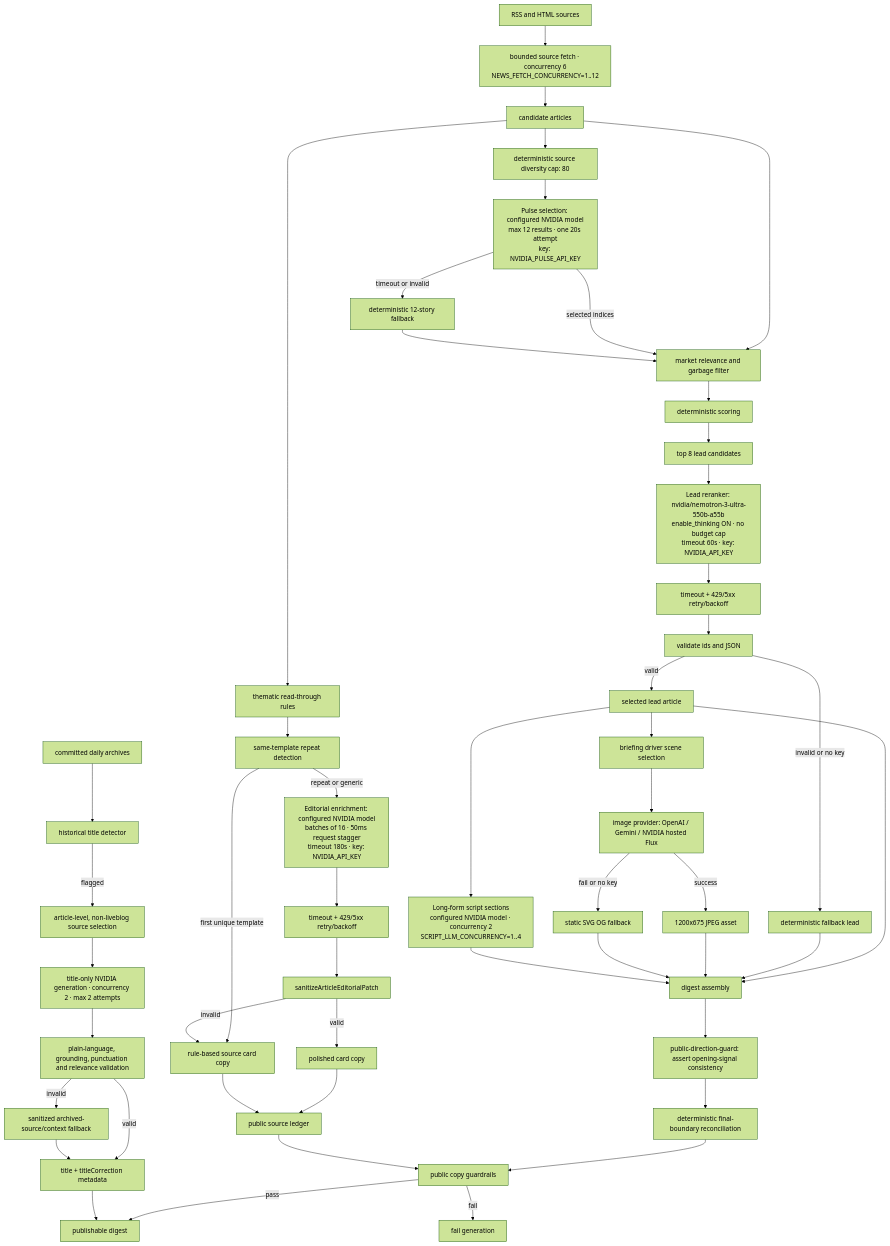
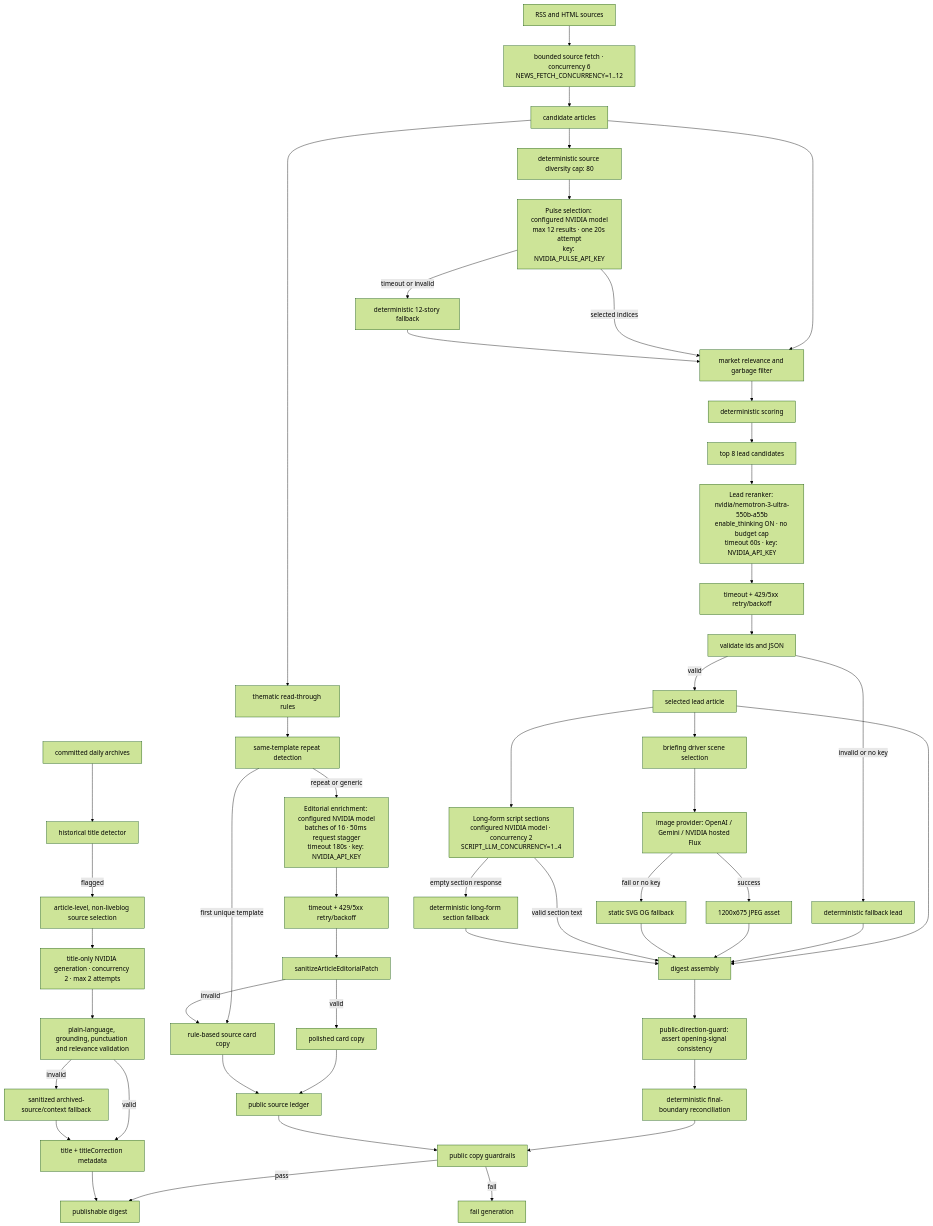
One commit to Abheydeep/marketNews changed the diagram in context/architecture-diagrams/03-llm-enrichment-pipeline.mmd. Above: the diagram before and after it, drawn with Mermaid (forest theme). The commit also changed 2 other files, not shown here.

Commit message:
fix(publish): fail soft on empty long-form section

```diff
--- a/context/architecture-diagrams/03-llm-enrichment-pipeline.mmd
+++ b/context/architecture-diagrams/03-llm-enrichment-pipeline.mmd
@@ -1,55 +1,57 @@
 flowchart TD
   Sources["RSS and HTML sources"] --> SourceFetch["bounded source fetch · concurrency 6\nNEWS_FETCH_CONCURRENCY=1..12"]
   SourceFetch --> Articles
   Articles["candidate articles"] --> Filter["market relevance and garbage filter"]
   Filter --> Score["deterministic scoring"]
   Score --> Shortlist["top 8 lead candidates"]
 
   Articles --> PulseCap["deterministic source diversity cap: 80"]
   PulseCap --> PulseAgent["Pulse selection: configured NVIDIA model\nmax 12 results · one 20s attempt\nkey: NVIDIA_PULSE_API_KEY"]
   PulseAgent -->|selected indices| Filter
   PulseAgent -->|timeout or invalid| PulseFallback["deterministic 12-story fallback"]
   PulseFallback --> Filter
 
   Shortlist --> LeadAgent["Lead reranker: nvidia/nemotron-3-ultra-550b-a55b\nenable_thinking ON · no budget cap\ntimeout 60s · key: NVIDIA_API_KEY"]
   LeadAgent --> RetryLead["timeout + 429/5xx retry/backoff"]
   RetryLead --> ValidateLead["validate ids and JSON"]
   ValidateLead -->|valid| Lead["selected lead article"]
   ValidateLead -->|invalid or no key| DeterministicLead["deterministic fallback lead"]
 
   Articles --> Templates["thematic read-through rules"]
   Templates --> RepeatCheck["same-template repeat detection"]
   RepeatCheck -->|first unique template| DeterministicCopy["rule-based source card copy"]
   RepeatCheck -->|repeat or generic| EditorialAgent["Editorial enrichment: configured NVIDIA model\nbatches of 16 · 50ms request stagger\ntimeout 180s · key: NVIDIA_API_KEY"]
   EditorialAgent --> RetryEditorial["timeout + 429/5xx retry/backoff"]
   RetryEditorial --> Sanitize["sanitizeArticleEditorialPatch"]
   Sanitize -->|valid| Polished["polished card copy"]
   Sanitize -->|invalid| DeterministicCopy
   Lead --> ImageScene["briefing driver scene selection"]
   ImageScene --> ImageModel["image provider: OpenAI / Gemini / NVIDIA hosted Flux"]
   ImageModel -->|success| OgJpeg["1200x675 JPEG asset"]
   ImageModel -->|fail or no key| OgFallback["static SVG OG fallback"]
 
   Lead --> Digest["digest assembly"]
   DeterministicLead --> Digest
   OgJpeg --> Digest
   OgFallback --> Digest
   Lead --> ScriptAgent["Long-form script sections\nconfigured NVIDIA model · concurrency 2\nSCRIPT_LLM_CONCURRENCY=1..4"]
-  ScriptAgent --> Digest
+  ScriptAgent -->|valid section text| Digest
+  ScriptAgent -->|empty section response| ScriptFallback["deterministic long-form section fallback"]
+  ScriptFallback --> Digest
   Polished --> SourceLedger["public source ledger"]
   DeterministicCopy --> SourceLedger
   Digest --> DirectionGuard["public-direction-guard: assert opening-signal consistency"]
   DirectionGuard --> DirectionRepair["deterministic final-boundary reconciliation"]
   DirectionRepair --> CopyGuard["public copy guardrails"]
   SourceLedger --> CopyGuard
   CopyGuard -->|pass| Publishable["publishable digest"]
   CopyGuard -->|fail| Stop["fail generation"]
 
   Archive["committed daily archives"] --> TitleDetector["historical title detector"]
   TitleDetector -->|flagged| EligibleLead["article-level, non-liveblog source selection"]
   EligibleLead --> TitleAgent["title-only NVIDIA generation · concurrency 2 · max 2 attempts"]
   TitleAgent --> TitleValidate["plain-language, grounding, punctuation and relevance validation"]
   TitleValidate -->|invalid| SourceFallback["sanitized archived-source/context fallback"]
   TitleValidate -->|valid| Correction["title + titleCorrection metadata"]
   SourceFallback --> Correction
   Correction --> Publishable
```
